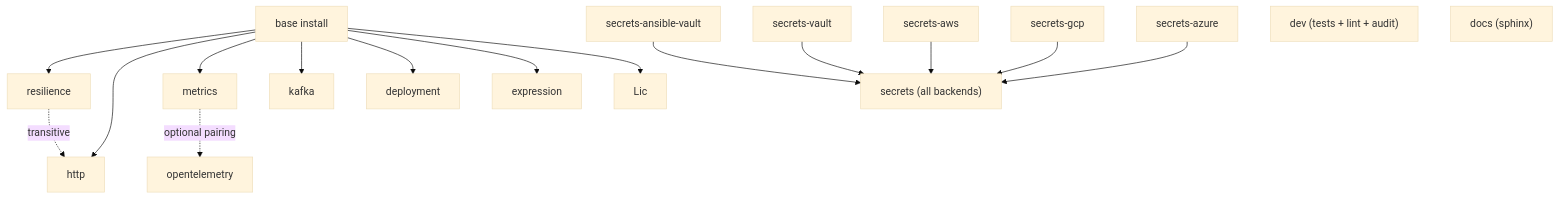
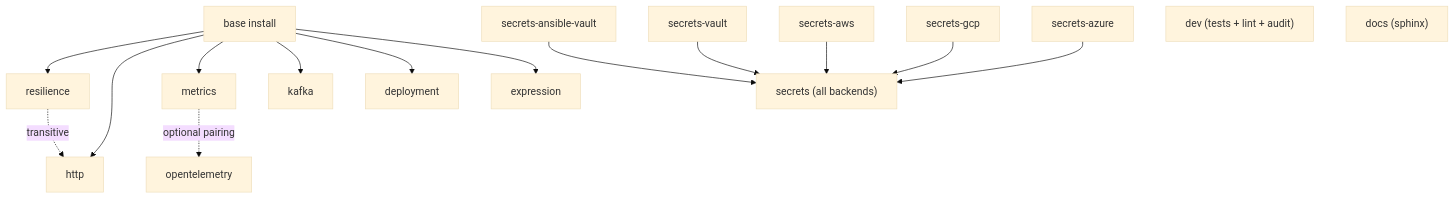
The diagram in docs/EXTRAS-FLAGS.md (hyperi-io/scalo-py), drawn with Mermaid (base theme) before and after one commit. The commit also changed other lines of this file and 2 other files, not shown here.

First line of the commit message:
docs: fix pypi badge + diagram drift

````diff
--- a/docs/EXTRAS-FLAGS.md
+++ b/docs/EXTRAS-FLAGS.md
@@ -47,37 +47,36 @@
 ```mermaid
 flowchart TB
     Base["base install"]
     Resil["resilience"]
     HTTP["http"]
     Metrics["metrics"]
     OTel["opentelemetry"]
     Kafka["kafka"]
     Expr["expression"]
     Deploy["deployment"]
     SAV["secrets-ansible-vault"]
     SV["secrets-vault"]
     SA["secrets-aws"]
     SG["secrets-gcp"]
     SAz["secrets-azure"]
     SAll["secrets (all backends)"]
     Dev["dev (tests + lint + audit)"]
     Docs["docs (sphinx)"]
 
     Base --> Resil
     Base --> HTTP
     Base --> Metrics
     Base --> Kafka
     Base --> Deploy
     Base --> Expr
-    Base --> Lic
 
     Resil -.transitive.-> HTTP
 
     Metrics -.optional pairing.-> OTel
 
     SAV --> SAll
     SV --> SAll
     SA --> SAll
     SG --> SAll
     SAz --> SAll
 ```
````
